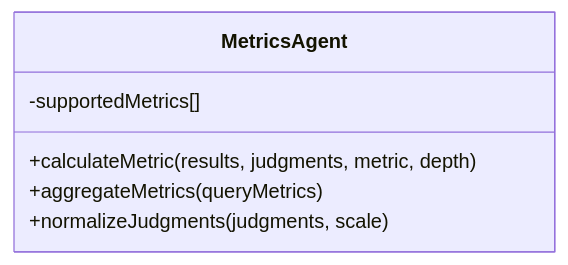
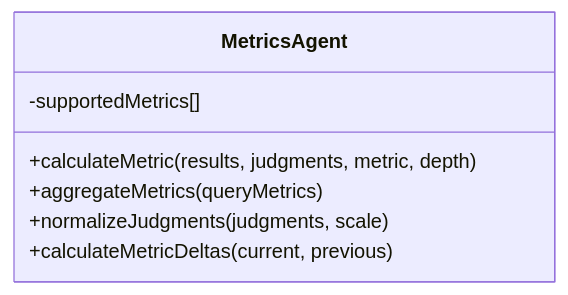
The fifth of 7 diagrams in ARCHITECTURE.md (sstults/solr-optimizer), drawn with Mermaid before and after one commit. The commit also changed other lines of this file and 12 other files, not shown here.

````diff
--- a/ARCHITECTURE.md
+++ b/ARCHITECTURE.md
@@ -158,9 +221,10 @@
 ```mermaid
 classDiagram
     class MetricsAgent {
         +calculateMetric(results, judgments, metric, depth)
         +aggregateMetrics(queryMetrics)
         +normalizeJudgments(judgments, scale)
+        +calculateMetricDeltas(current, previous)
         -supportedMetrics[]
     }
 ```
````
